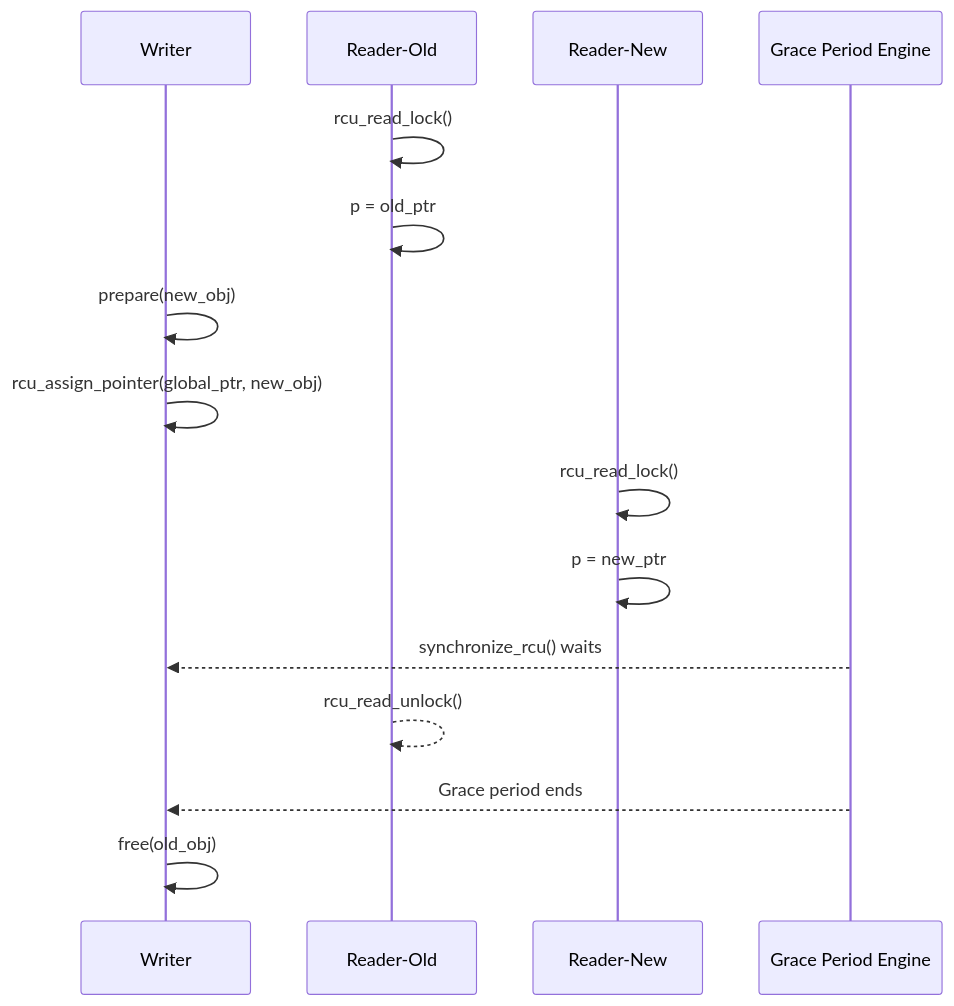
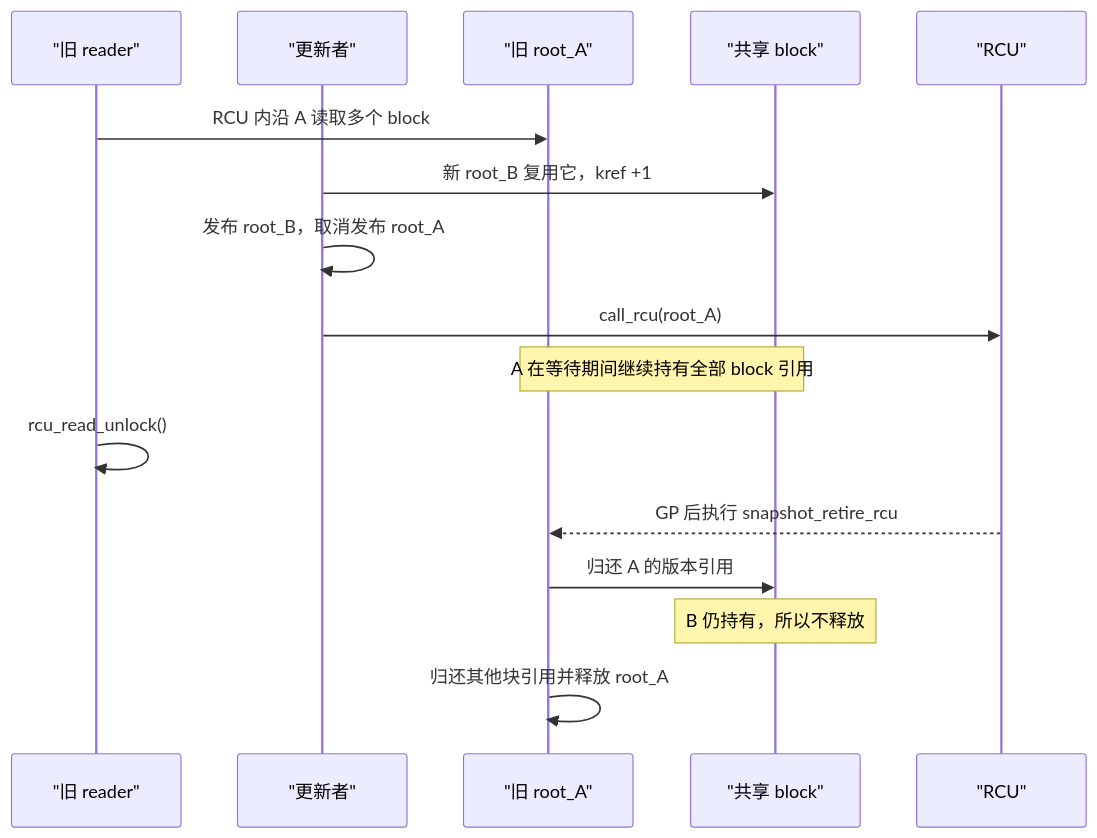
One commit to FormingSystem/linux_note changed the diagram in knowledge/linux/synchronization/rcu/P21_RCU_数据结构模板与选型.md. Above: the diagram before and after it, drawn with Mermaid. The commit also changed other lines of this file and 8 other files, not shown here.

````diff
--- a/knowledge/linux/synchronization/rcu/P21_RCU_数据结构模板与选型.md
+++ b/knowledge/linux/synchronization/rcu/P21_RCU_数据结构模板与选型.md
@@ -68,18 +258,19 @@
 ```mermaid
 sequenceDiagram
-    participant W as Writer
-    participant R1 as Reader-Old
-    participant R2 as Reader-New
-    participant GP as Grace Period Engine
+    participant R as "旧 reader"
+    participant W as "更新者"
+    participant A as "旧 root_A"
+    participant Shared as "共享 block"
+    participant GP as "RCU"
 
-    R1->>R1: rcu_read_lock()
-    R1->>R1: p = old_ptr
-    W->>W: prepare(new_obj)
-    W->>W: rcu_assign_pointer(global_ptr, new_obj)
-    R2->>R2: rcu_read_lock()
-    R2->>R2: p = new_ptr
-    GP-->>W: synchronize_rcu() waits
-    R1-->>R1: rcu_read_unlock()
-    GP-->>W: Grace period ends
-    W->>W: free(old_obj)
+    R->>A: RCU 内沿 A 读取多个 block
+    W->>Shared: 新 root_B 复用它，kref +1
+    W->>W: 发布 root_B，取消发布 root_A
+    W->>GP: call_rcu(root_A)
+    Note over A,Shared: A 在等待期间继续持有全部 block 引用
+    R->>R: rcu_read_unlock()
+    GP-->>A: GP 后执行 snapshot_retire_rcu
+    A->>Shared: 归还 A 的版本引用
+    Note over Shared: B 仍持有，所以不释放
+    A->>A: 归还其他块引用并释放 root_A
 ```
````
